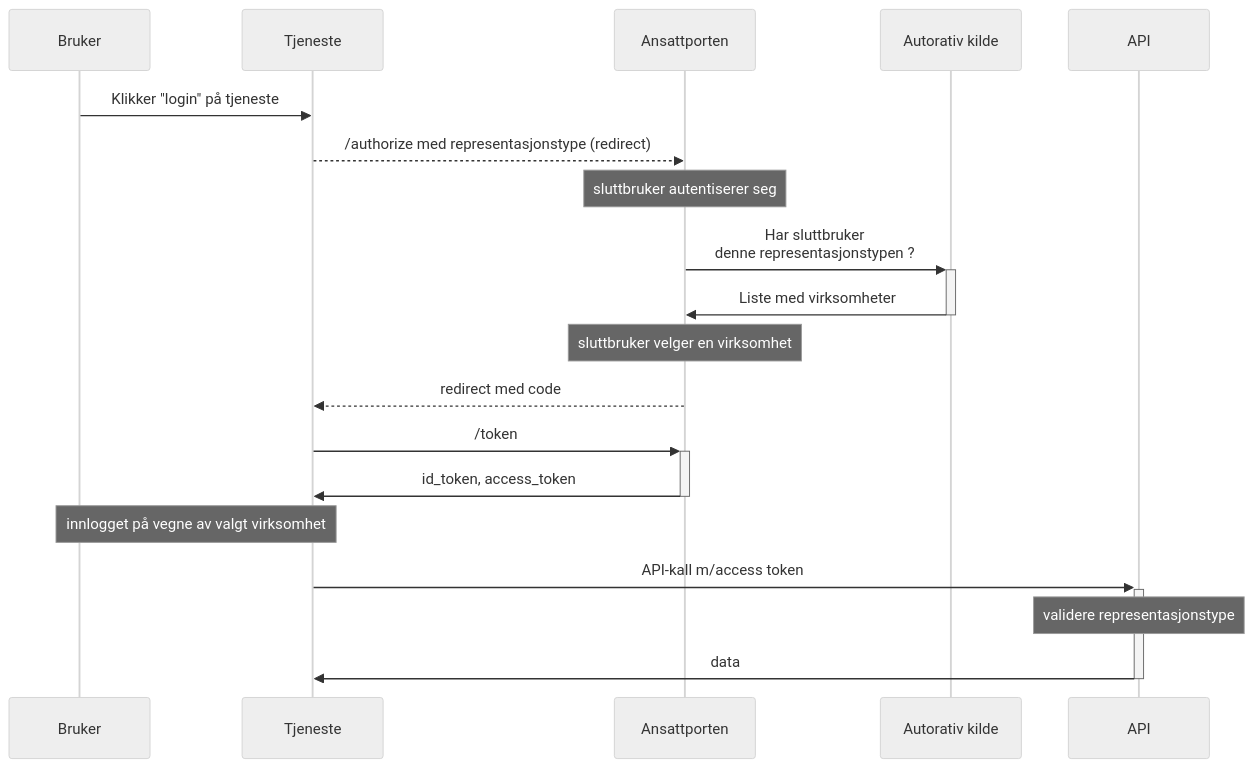
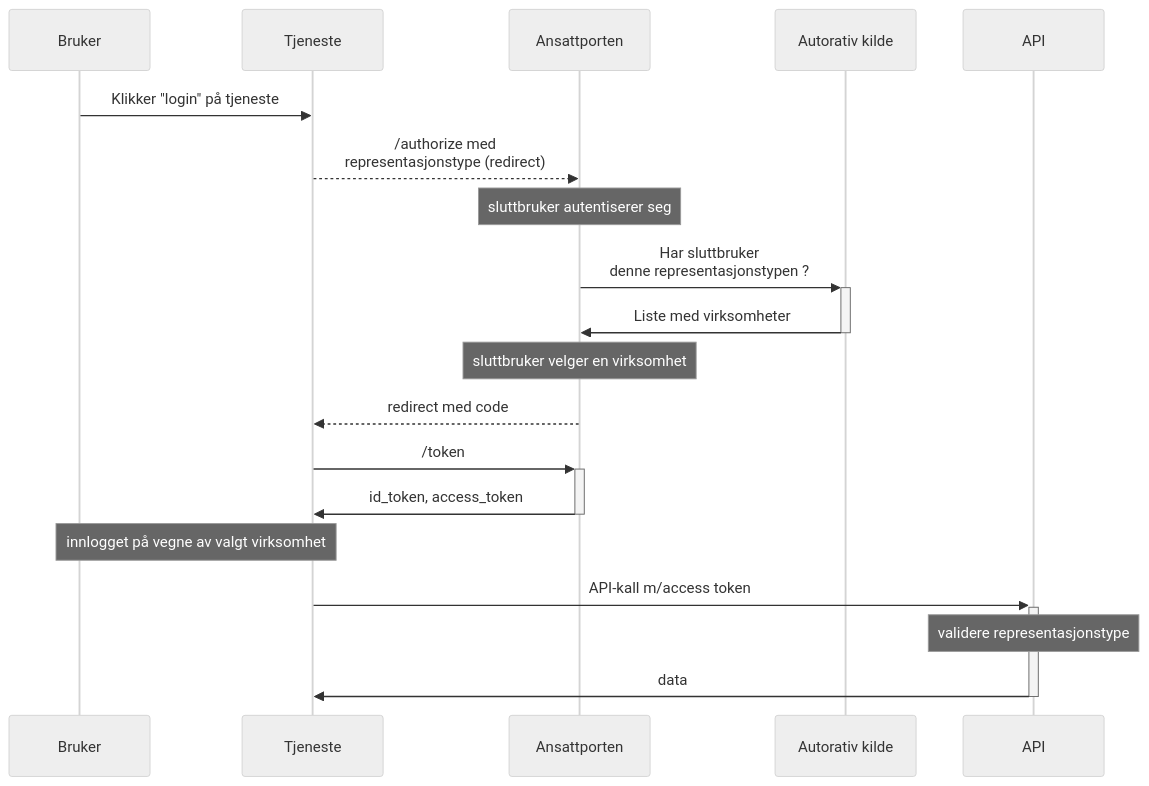
The diagram in _docs/ansattporten/ansattporten_datadeling.md (joergenb/docs), drawn with Mermaid (neutral theme) before and after one commit.

```diff
--- a/_docs/ansattporten/ansattporten_datadeling.md
+++ b/_docs/ansattporten/ansattporten_datadeling.md
@@ -37,25 +37,25 @@
 <div class="mermaid">
 sequenceDiagram
 
 participant B as Bruker
 participant C as Tjeneste
 participant A as Ansattporten
 participant S as Autorativ kilde
 participant T as API
 
 B->>C: Klikker "login" på tjeneste
-C-->>A: /authorize med representasjonstype (redirect)
+C-->>A: /authorize med <br/>representasjonstype (redirect)
 note over A: sluttbruker autentiserer seg
 A->>+S: Har sluttbruker <br/>denne representasjonstypen ?
 S->>-A: Liste med virksomheter
 note over A: sluttbruker velger en virksomhet
 A-->>C: redirect med code
 C->>+A: /token
 A->>-C: id_token, access_token
 note over B,C: innlogget på vegne av valgt virksomhet
 
 C->>+T: API-kall m/access token
 note over T: validere representasjonstype
 T->>-C: data
 
 </div>
```
